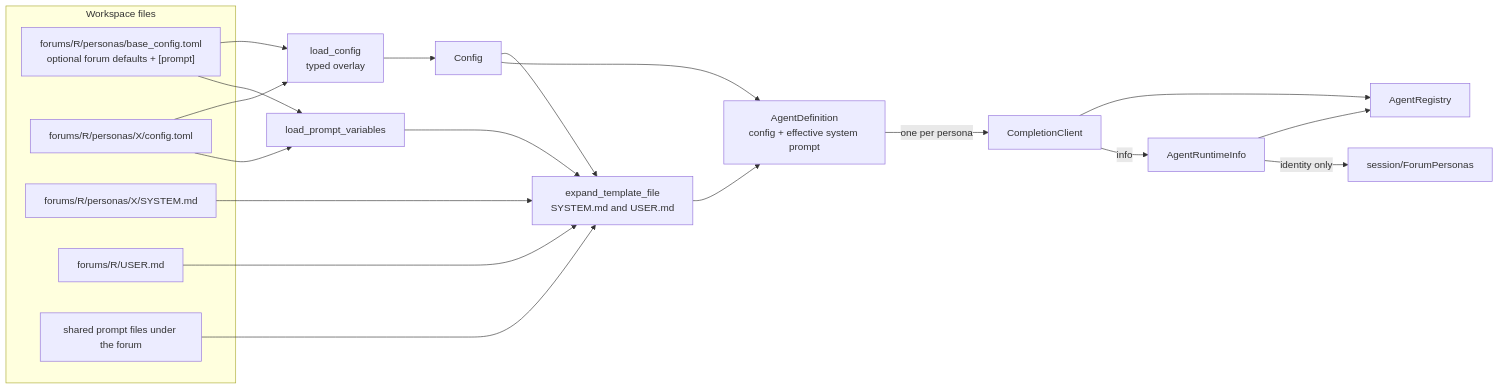
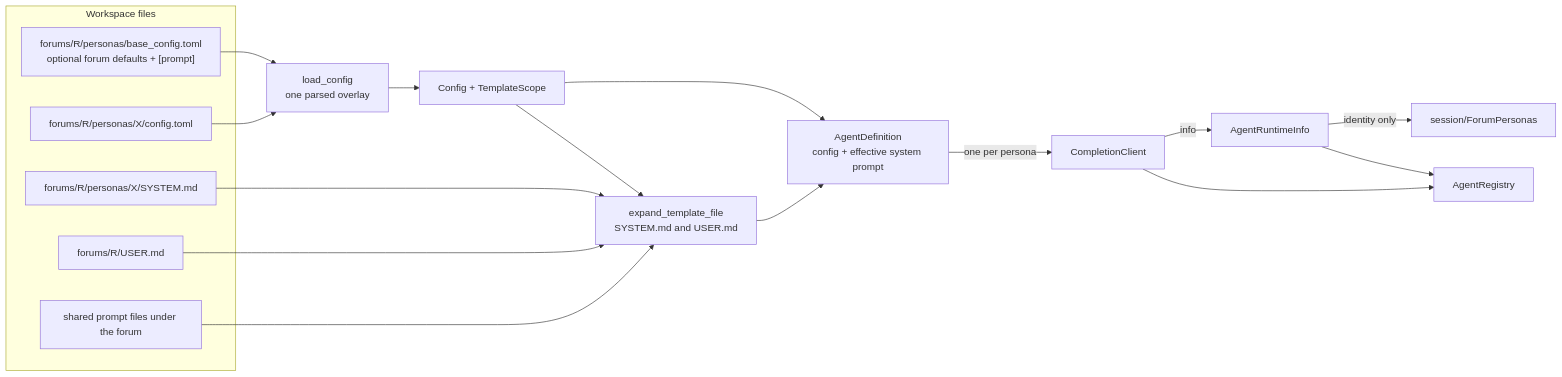
Before and after one commit to michaelpopov/cha: the first of 4 diagrams in src/agents/README.md, drawn with Mermaid. The commit also changed other lines of this file and 20 other files, not shown here.

````diff
--- a/src/agents/README.md
+++ b/src/agents/README.md
@@ -24,28 +24,25 @@
 ```mermaid
 flowchart LR
     subgraph disk["Workspace files"]
         base["forums/R/personas/base_config.toml<br/>optional forum defaults + [prompt]"]
         cfg["forums/R/personas/X/config.toml"]
         sys["forums/R/personas/X/SYSTEM.md"]
         usr["forums/R/USER.md"]
         shared["shared prompt files under the forum"]
     end
 
-    base --> load["load_config<br/>typed overlay"]
+    base --> load["load_config<br/>one parsed overlay"]
     cfg --> load
-    load --> conf["Config"]
-    base --> vars["load_prompt_variables"]
-    cfg --> vars
+    load --> conf["Config + TemplateScope"]
     conf --> expand["expand_template_file<br/>SYSTEM.md and USER.md"]
-    vars --> expand
     sys --> expand
     usr --> expand
     shared --> expand
     expand --> def["AgentDefinition<br/>config + effective system prompt"]
     conf --> def
     def -->|"one per persona"| client["CompletionClient"]
     client --> registry["AgentRegistry"]
     client -->|"info"| runtime["AgentRuntimeInfo"]
     runtime --> registry
     runtime -->|"identity only"| personas["session/ForumPersonas"]
 ```
````
